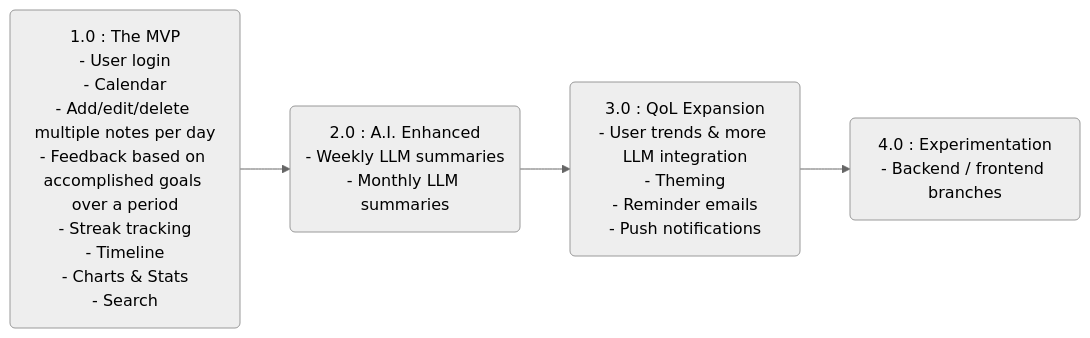
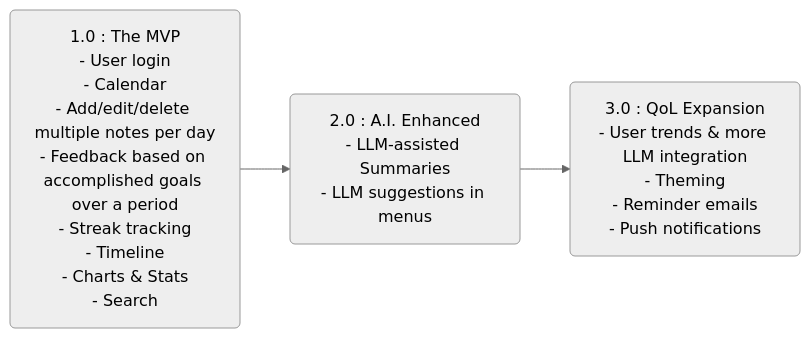
One commit to LowComDenom/wellness-calendar changed the second of 3 diagrams in README.md. Above: the diagram before and after it, drawn with Mermaid (neutral theme). The commit also changed other lines of this file, not shown here.

````diff
--- a/README.md
+++ b/README.md
@@ -42,23 +19,21 @@
 ```mermaid
 flowchart LR
 1(1.0 : The MVP
 - User login
 - Calendar
 - Add/edit/delete multiple notes per day
 - Feedback based on accomplished goals over a period
 - Streak tracking
 - Timeline
 - Charts & Stats
 - Search)
 2(2.0 : A.I. Enhanced
-- Weekly LLM summaries
-- Monthly LLM summaries)
+- LLM-assisted Summaries
+- LLM suggestions in menus)
 3(3.0 : QoL Expansion
 - User trends & more LLM integration
 - Theming
 - Reminder emails
 - Push notifications)
-4(4.0 : Experimentation
-- Backend / frontend branches)
-1 --> 2 --> 3 --> 4
+1 --> 2 --> 3
 ```
````
